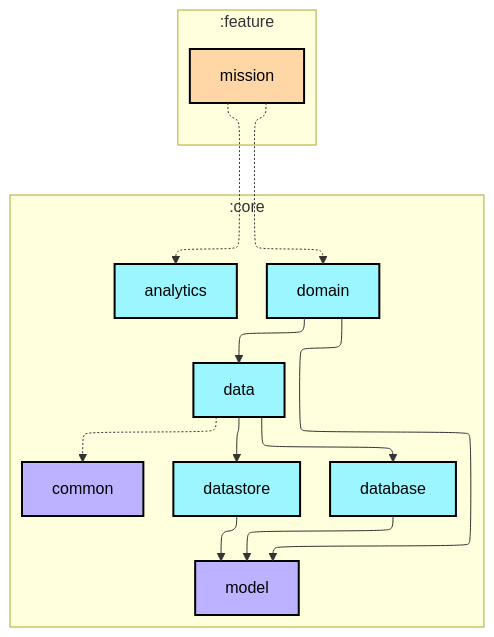
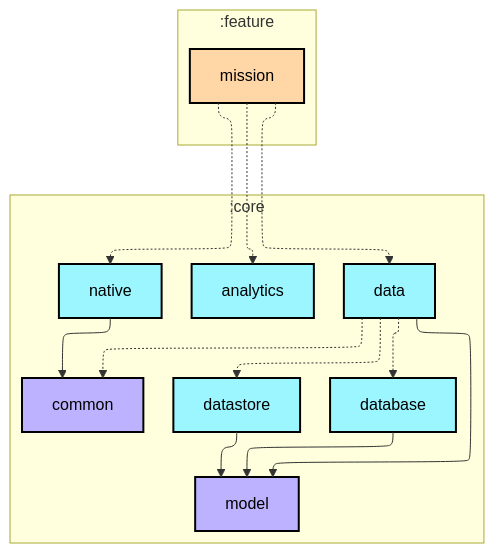
One commit to Sunior-k/walklog changed the first of 2 diagrams in feature/mission/README.md. Above: the diagram before and after it, drawn with Mermaid. The commit also changed 52 other files, not shown here.

````diff
--- a/feature/mission/README.md
+++ b/feature/mission/README.md
@@ -14,40 +14,41 @@
 ```mermaid
 ---
 config:
   layout: elk
   elk:
     nodePlacementStrategy: SIMPLE
 ---
 graph TB
   subgraph :feature
     direction TB
     :feature:mission[mission]:::android-feature
   end
 
   subgraph :core
     direction TB
-    :core:domain[domain]:::android-library
     :core:data[data]:::android-library
     :core:database[database]:::android-library
     :core:datastore[datastore]:::android-library
+    :core:native[native]:::android-library
     :core:common[common]:::jvm-library
     :core:model[model]:::jvm-library
     :core:analytics[analytics]:::android-library
   end
 
-  :feature:mission -.-> :core:domain
+  :feature:mission -.-> :core:data
   :feature:mission -.-> :core:analytics
-  :core:domain --> :core:data
-  :core:domain --> :core:model
-  :core:data --> :core:database
-  :core:data --> :core:datastore
+  :feature:mission -.-> :core:native
+  :core:native --> :core:common
+  :core:data --> :core:model
+  :core:data -.-> :core:database
+  :core:data -.-> :core:datastore
   :core:data -.-> :core:common
   :core:database --> :core:model
   :core:datastore --> :core:model
 
 classDef android-application fill:#CAFFBF,stroke:#000,stroke-width:2px,color:#000;
 classDef android-feature fill:#FFD6A5,stroke:#000,stroke-width:2px,color:#000;
 classDef android-library fill:#9BF6FF,stroke:#000,stroke-width:2px,color:#000;
 classDef android-test fill:#A0C4FF,stroke:#000,stroke-width:2px,color:#000;
 classDef jvm-library fill:#BDB2FF,stroke:#000,stroke-width:2px,color:#000;
 ```
````
